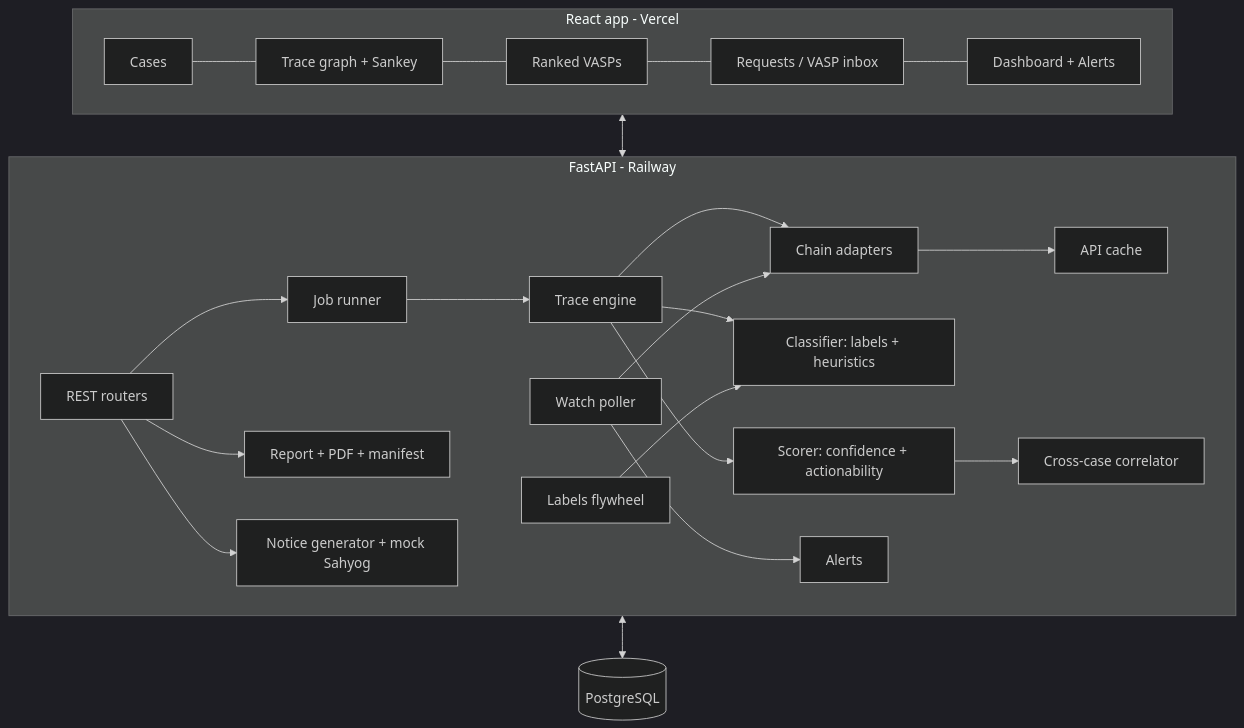
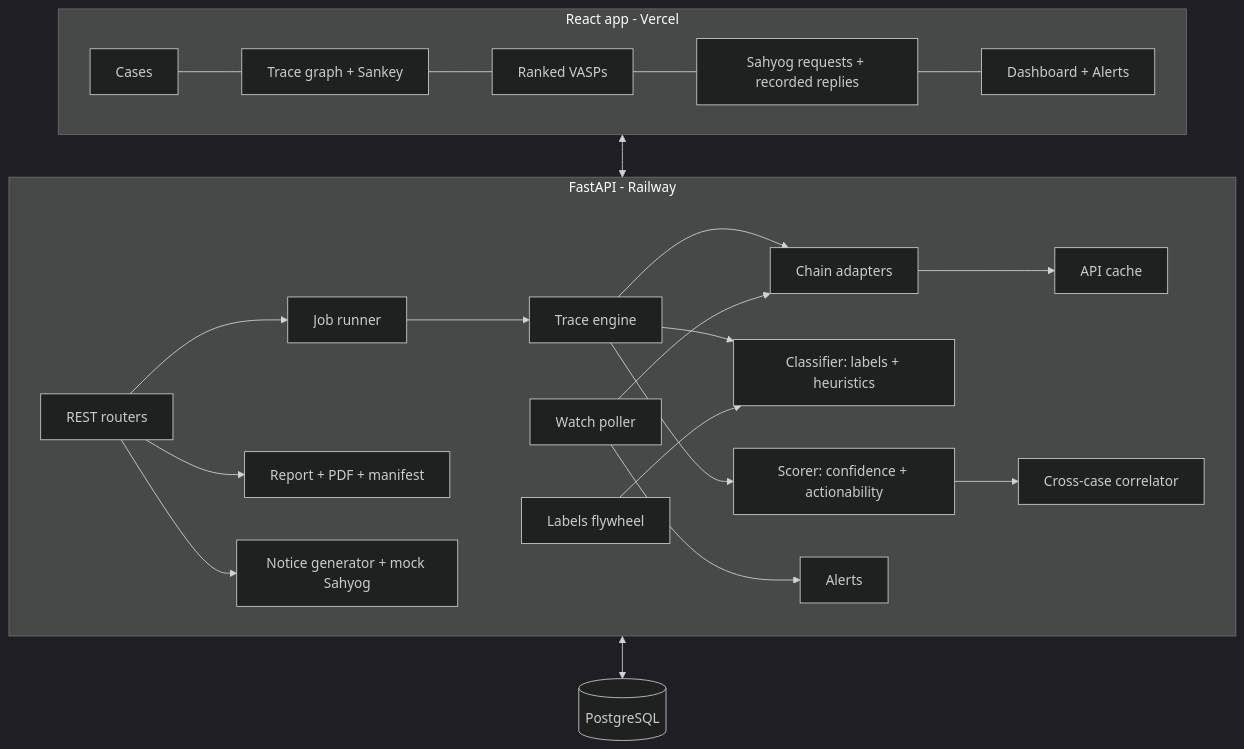
Before and after one commit to Rachitneema03/BitTrail: the second of 2 diagrams in docs/architecture.md, drawn with Mermaid (dark theme). The commit also changed other lines of this file and 22 other files, not shown here.

````diff
--- a/docs/architecture.md
+++ b/docs/architecture.md
@@ -26,25 +26,25 @@
 ```mermaid
 flowchart TB
   subgraph Web[React app - Vercel]
     CasesUI[Cases] --- GraphUI[Trace graph + Sankey]
     GraphUI --- RankUI[Ranked VASPs]
-    RankUI --- ReqUI[Requests / VASP inbox]
+    RankUI --- ReqUI[Sahyog requests + recorded replies]
     ReqUI --- DashUI[Dashboard + Alerts]
   end
   subgraph Api[FastAPI - Railway]
     R[REST routers] --> J[Job runner]
     J --> T[Trace engine]
     T --> AD[Chain adapters]
     AD --> C[API cache]
     T --> CL[Classifier: labels + heuristics]
     T --> S[Scorer: confidence + actionability]
     S --> X[Cross-case correlator]
     R --> REP[Report + PDF + manifest]
     R --> NOT[Notice generator + mock Sahyog]
     W[Watch poller] --> AD
     W --> AL[Alerts]
     FLY[Labels flywheel] --> CL
   end
   Web <--> Api
   Api <--> PG[(PostgreSQL)]
 ```
````
